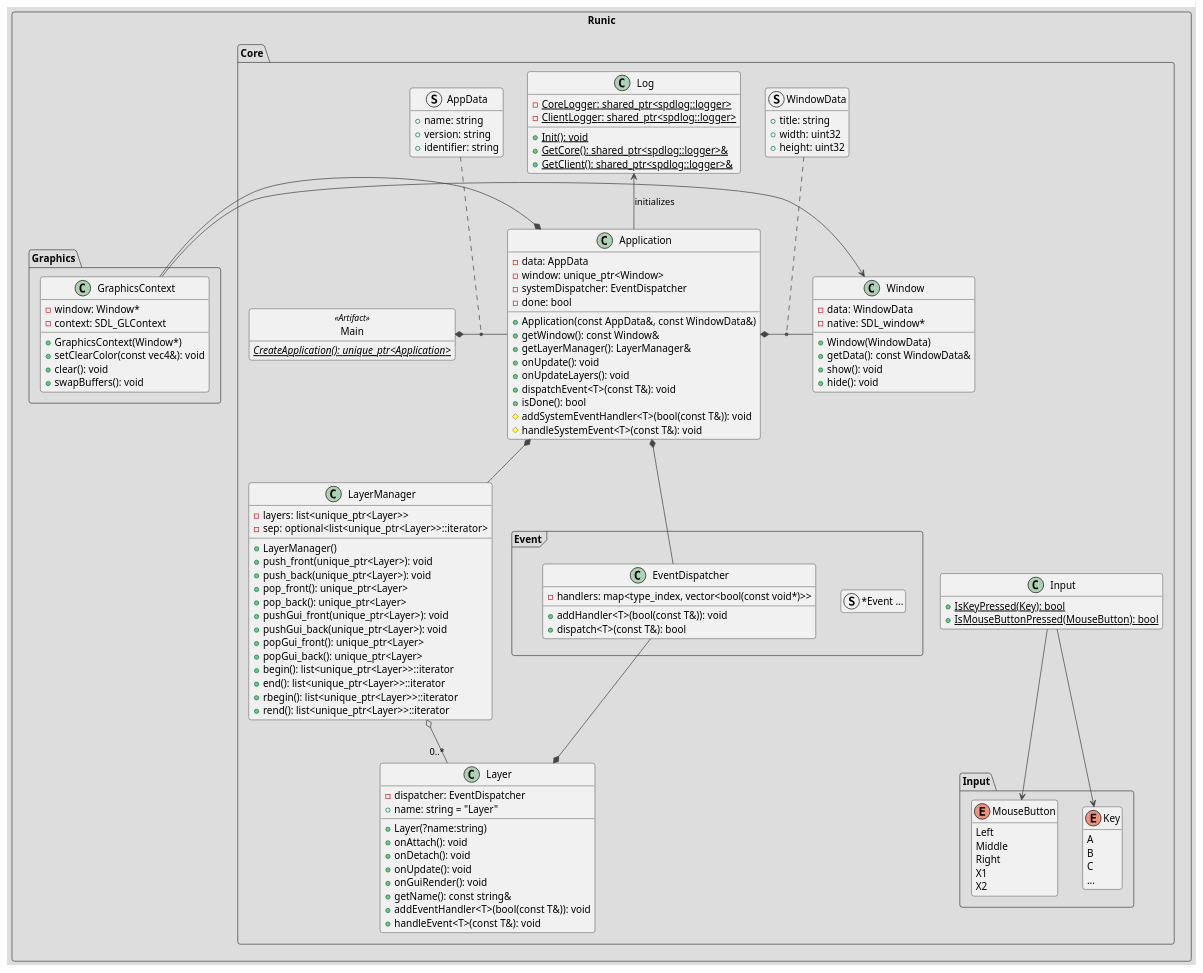
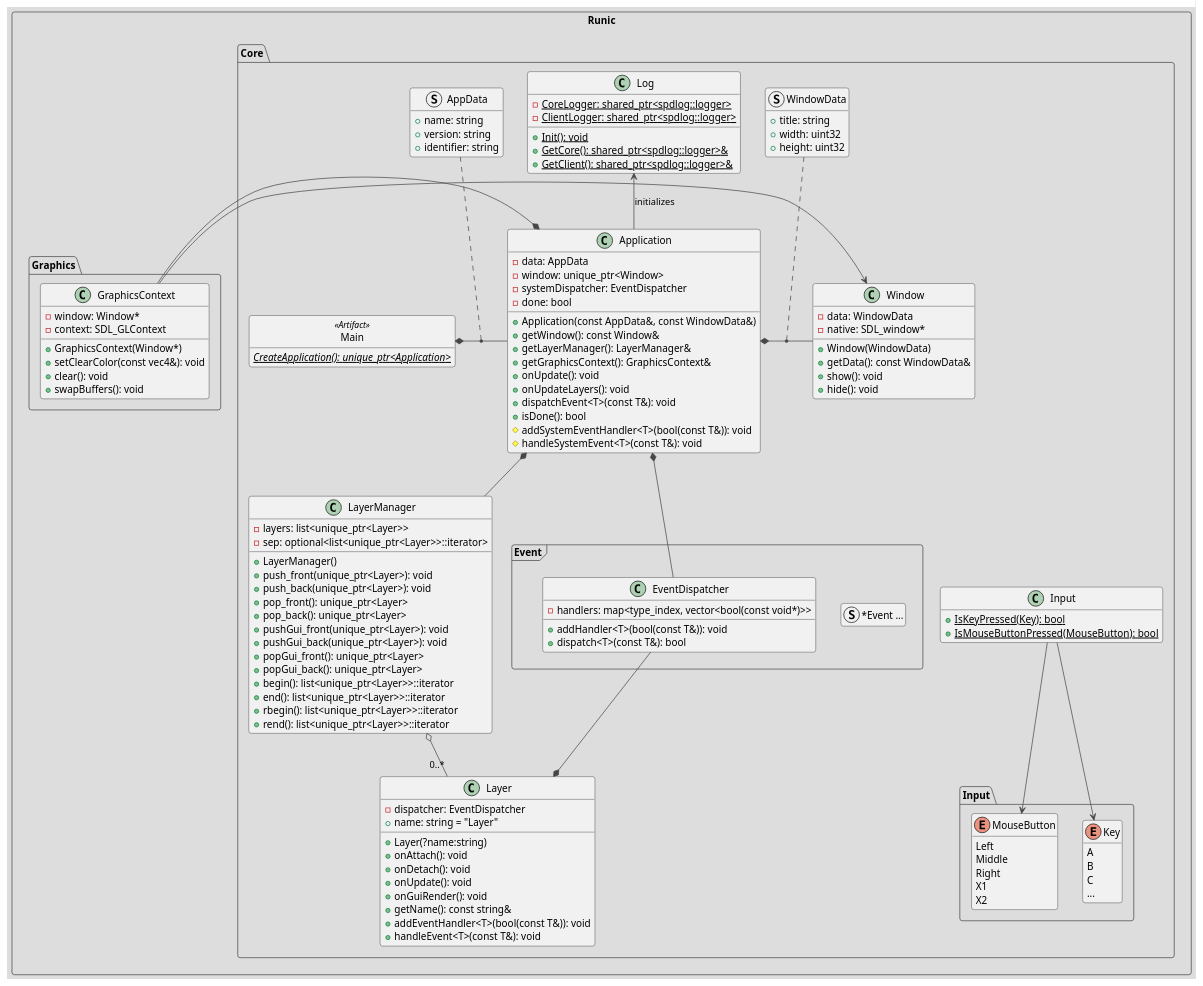
The diagram in Runic/doc/classes.plantuml (dedbox/Runic), drawn with PlantUML before and after one commit. The commit also changed 5 other files, not shown here.

Commit message:
make GraphicsContext available to the client

```diff
--- a/Runic/doc/classes.plantuml
+++ b/Runic/doc/classes.plantuml
@@ -1,160 +1,161 @@
 @startuml
 !theme toy
 
 package Runic <<rectangle>> {
   package Core <<folder>> {
     class Main <<Artifact>> {
       {static} {abstract} CreateApplication(): unique_ptr<Application>
     }
 
     hide <<Artifact>> circle
     hide <<Artifact>> fields
 
     struct AppData {
       + name: string
       + version: string
       + identifier: string
     }
 
     class Application {
       - data: AppData
       - window: unique_ptr<Window>
       - systemDispatcher: EventDispatcher
       - done: bool
       + Application(const AppData&, const WindowData&)
       + getWindow(): const Window&
       + getLayerManager(): LayerManager&
+      + getGraphicsContext(): GraphicsContext&
       + onUpdate(): void
       + onUpdateLayers(): void
       + dispatchEvent<T>(const T&): void
       + isDone(): bool
       # addSystemEventHandler<T>(bool(const T&)): void
       # handleSystemEvent<T>(const T&): void
     }
 
     Main *- Application
     AppData .. (Main, Application)
 
     struct WindowData {
       + title: string
       + width: uint32
       + height: uint32
     }
 
     class Window {
       - data: WindowData
       - native: SDL_window*
       + Window(WindowData)
       + getData(): const WindowData&
       + show(): void
       + hide(): void
     }
 
     Application *- Window
     WindowData .. (Application, Window)
 
     class Log {
       {static} - CoreLogger: shared_ptr<spdlog::logger>
       {static} - ClientLogger: shared_ptr<spdlog::logger>
       {static} + Init(): void
       {static} + GetCore(): shared_ptr<spdlog::logger>&
       {static} + GetClient(): shared_ptr<spdlog::logger>&
     }
 
      Application -up-> Log : initializes
 
     class Input {
       {static} + IsKeyPressed(Key): bool
       {static} + IsMouseButtonPressed(MouseButton): bool
     }
 
     package Input as InputPkg {
       enum Key {
         A
         B
         C
         ...
       }
 
       enum MouseButton {
         Left
         Middle
         Right
         X1
         X2
       }
     }
 
     Input --> Key
     Input --> MouseButton
 
     package Event <<Frame>> {
       struct "*Event ..." as ConcreteEvent
 
       class EventDispatcher {
         {field} - handlers: map<type_index, vector<bool(const void*)>>
         + addHandler<T>(bool(const T&)): void
         + dispatch<T>(const T&): bool
       }
     }
 
     Application *-- EventDispatcher
 
     class Layer {
       - dispatcher: EventDispatcher
       + name: string = "Layer"
       + Layer(?name:string)
       + onAttach(): void
       + onDetach(): void
       + onUpdate(): void
       + onGuiRender(): void
       + getName(): const string&
       + addEventHandler<T>(bool(const T&)): void
       + handleEvent<T>(const T&): void
     }
 
     Layer *-- EventDispatcher
 
     class LayerManager {
       - layers: list<unique_ptr<Layer>>
       - sep: optional<list<unique_ptr<Layer>>::iterator>
       + LayerManager()
       + push_front(unique_ptr<Layer>): void
       + push_back(unique_ptr<Layer>): void
       + pop_front(): unique_ptr<Layer>
       + pop_back(): unique_ptr<Layer>
       + pushGui_front(unique_ptr<Layer>): void
       + pushGui_back(unique_ptr<Layer>): void
       + popGui_front(): unique_ptr<Layer>
       + popGui_back(): unique_ptr<Layer>
       + begin(): list<unique_ptr<Layer>>::iterator
       + end(): list<unique_ptr<Layer>>::iterator
       + rbegin(): list<unique_ptr<Layer>>::iterator
       + rend(): list<unique_ptr<Layer>>::iterator
     }
 
     LayerManager o-- "0..*" Layer
     Application *-- LayerManager
 
     LayerManager -[hidden]left- Event
     LayerManager -[hidden]right- Input
   }
 
   package Graphics {
     class GraphicsContext {
       - window: Window*
       - context: SDL_GLContext
       + GraphicsContext(Window*)
       + setClearColor(const vec4&): void
       + clear(): void
       + swapBuffers(): void
     }
 
     Application *- GraphicsContext
     GraphicsContext -> Window
   }
 }
 
 hide empty members
 
 @enduml
```
